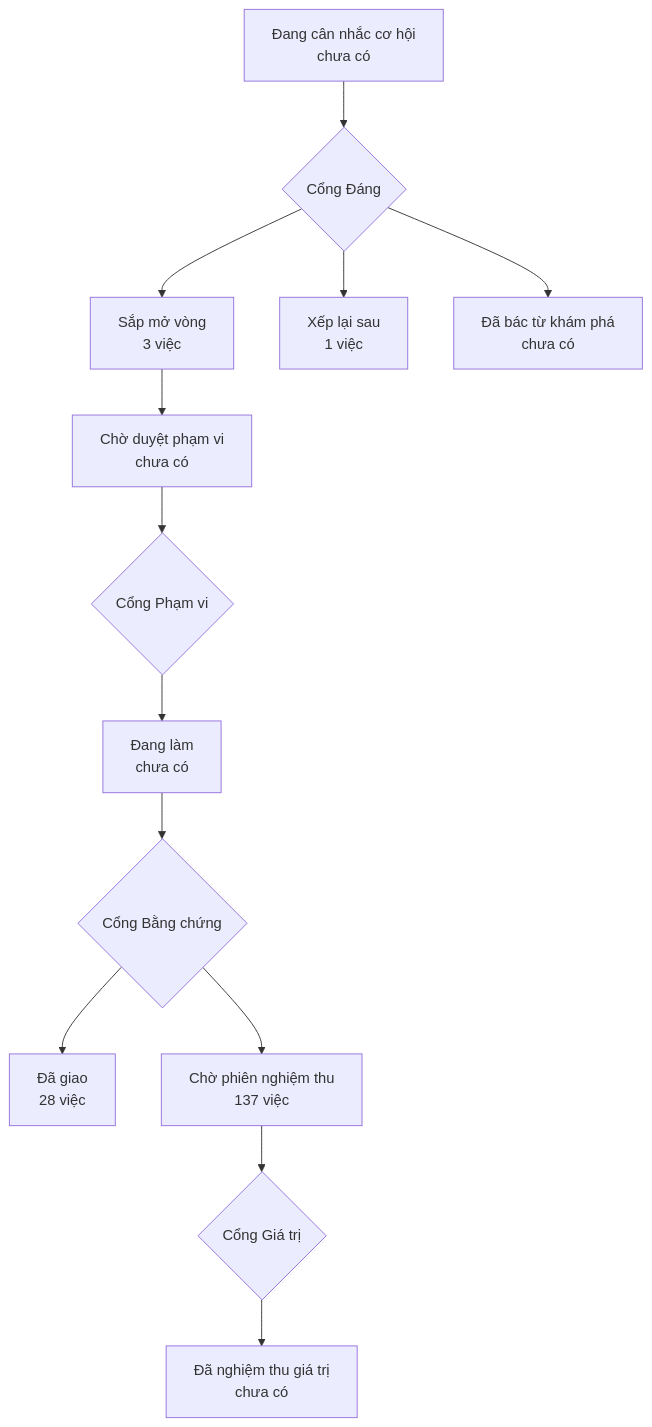
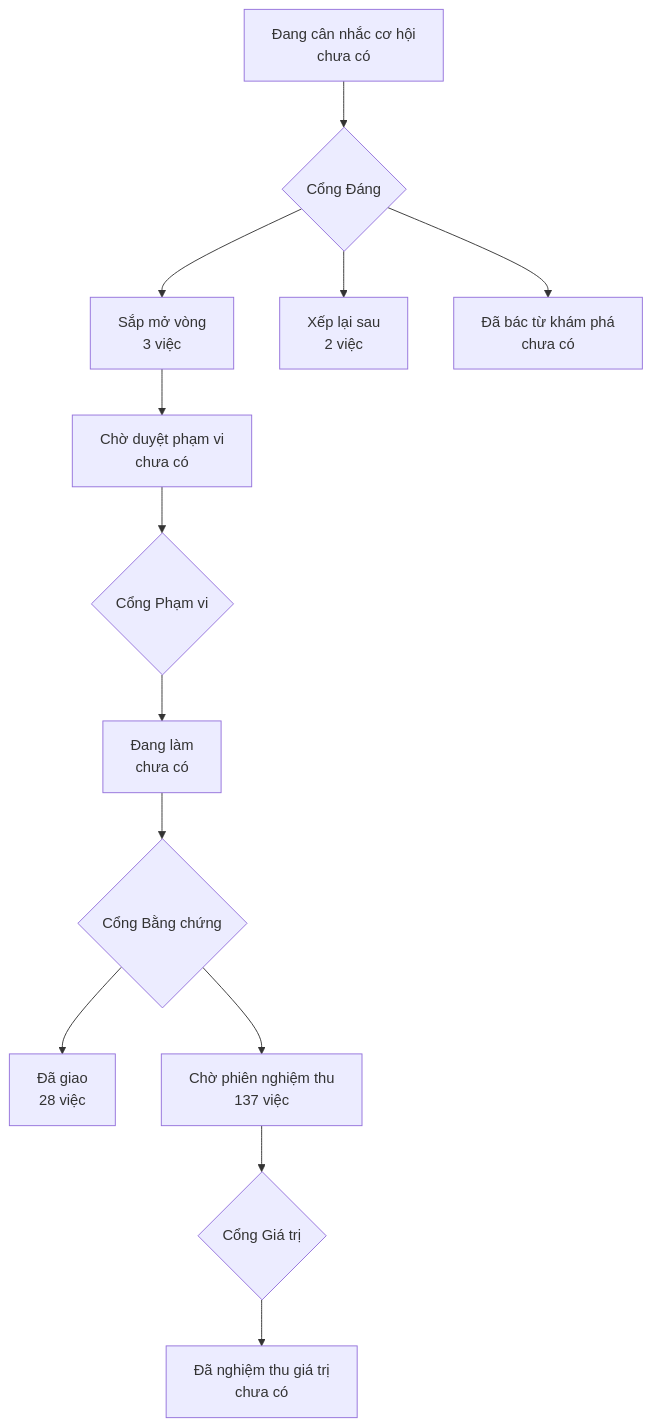
Before and after one commit to phanlemanh/onehub-quy-hang: the diagram in PRODUCT-MAP.md, drawn with Mermaid. The commit also changed other lines of this file and 1 other file, not shown here.

Commit message:
chore: vẽ lại bản đồ sau khi gác hai hàng

````diff
--- a/PRODUCT-MAP.md
+++ b/PRODUCT-MAP.md
@@ -7,12 +7,12 @@
 ```mermaid
 flowchart TD
   A["Đang cân nhắc cơ hội<br/>chưa có"] --> GD{"Cổng Đáng"}
   GD --> B["Sắp mở vòng<br/>3 việc"]
-  GD --> XL["Xếp lại sau<br/>1 việc"]
+  GD --> XL["Xếp lại sau<br/>2 việc"]
   GD --> DB["Đã bác từ khám phá<br/>chưa có"]
   B --> CD["Chờ duyệt phạm vi<br/>chưa có"] --> GP{"Cổng Phạm vi"}
   GP --> DL["Đang làm<br/>chưa có"] --> GB{"Cổng Bằng chứng"}
   GB --> DG["Đã giao<br/>28 việc"]
   GB --> CN["Chờ phiên nghiệm thu<br/>137 việc"] --> GG{"Cổng Giá trị"}
   GG --> NT["Đã nghiệm thu giá trị<br/>chưa có"]
 ```
````
